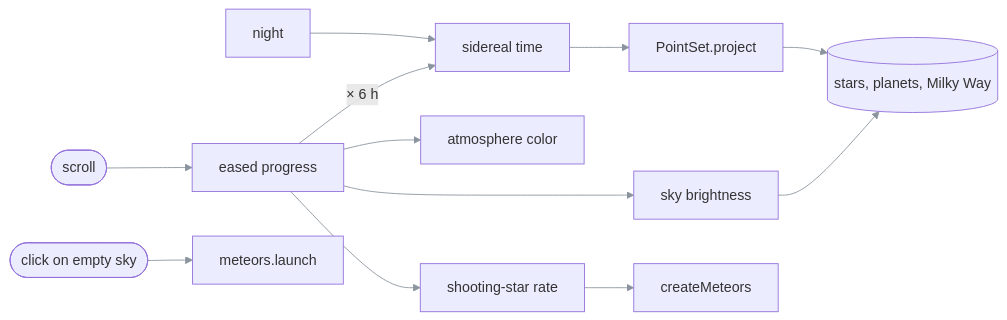
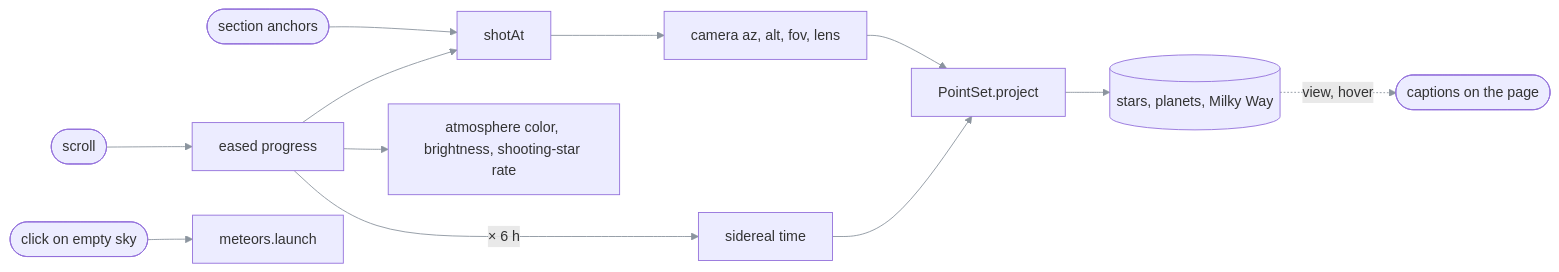
Before and after one commit to EzzoHamdan/EzzoHamdan.github.io: the second of 2 diagrams in README.md, drawn with Mermaid. The commit also changed other lines of this file, not shown here.

Commit message:
Document the camera journey, lens and the geometry sharp edges

````diff
--- a/README.md
+++ b/README.md
@@ -117,13 +132,13 @@
 ```mermaid
 %%{init: {'themeVariables': {'fontFamily': 'ui-monospace, SFMono-Regular, Menlo, monospace', 'lineColor': '#8b949e'}}}%%
 flowchart LR
-  night[night] --> lst[sidereal time] --> project[PointSet.project] --> sky[(stars, planets, Milky Way)]
   scroll([scroll]) --> progress[eased progress]
-  progress -- "× 6 h" --> lst
-  progress --> air[atmosphere color]
-  progress --> dim[sky brightness]
+  scenes([section anchors]) --> shot[shotAt]
+  progress --> shot --> cam[camera az, alt, fov, lens]
+  progress -- "× 6 h" --> lst[sidereal time]
+  cam --> project[PointSet.project]
+  lst --> project --> sky[(stars, planets, Milky Way)]
+  progress --> air[atmosphere color, brightness, shooting-star rate]
+  sky -. "view, hover" .-> captions([captions on the page])
   click([click on empty sky]) --> wish[meteors.launch]
-  progress --> rate[shooting-star rate]
-  dim --> sky
-  rate --> meteors[createMeteors]
 ```
````
